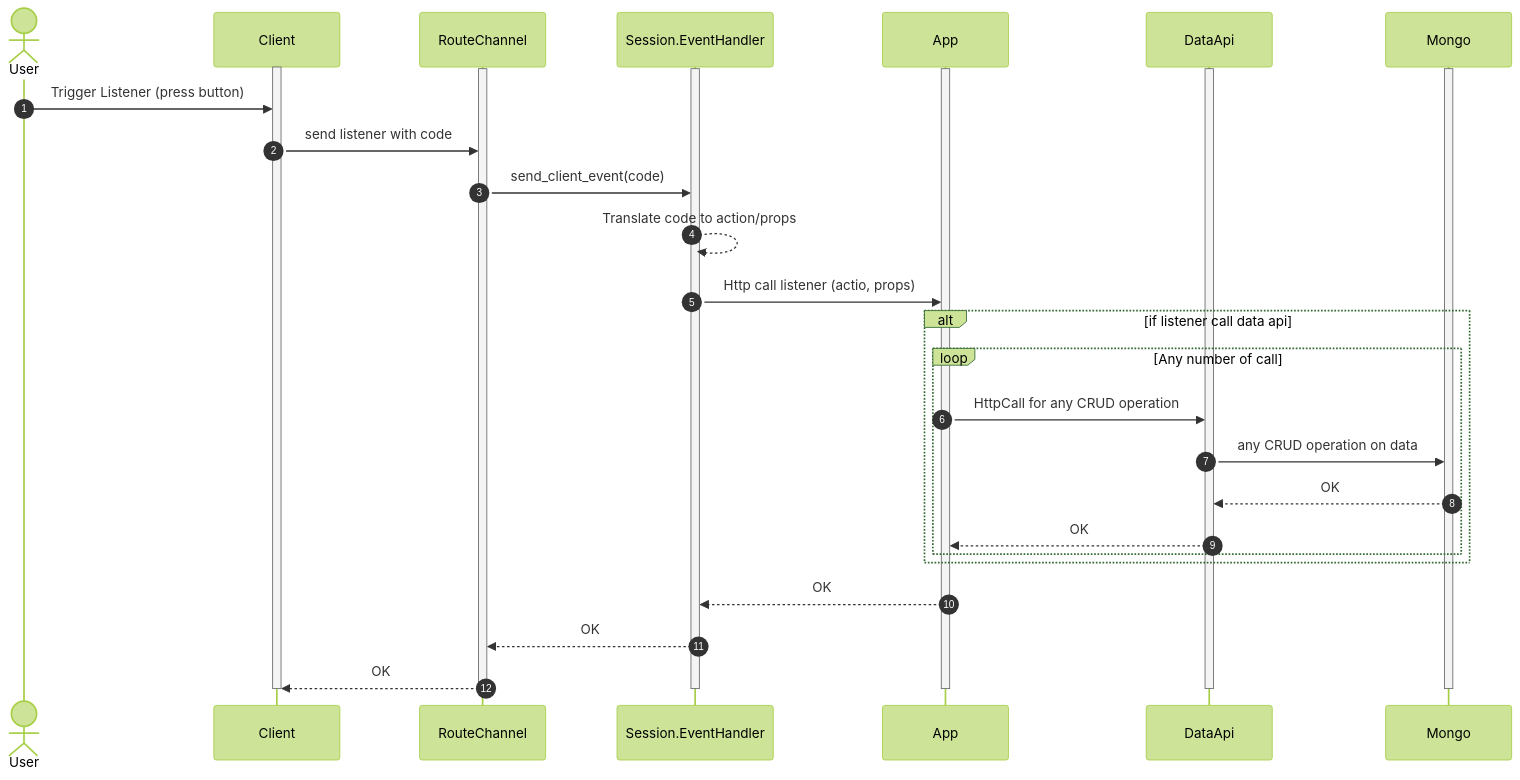
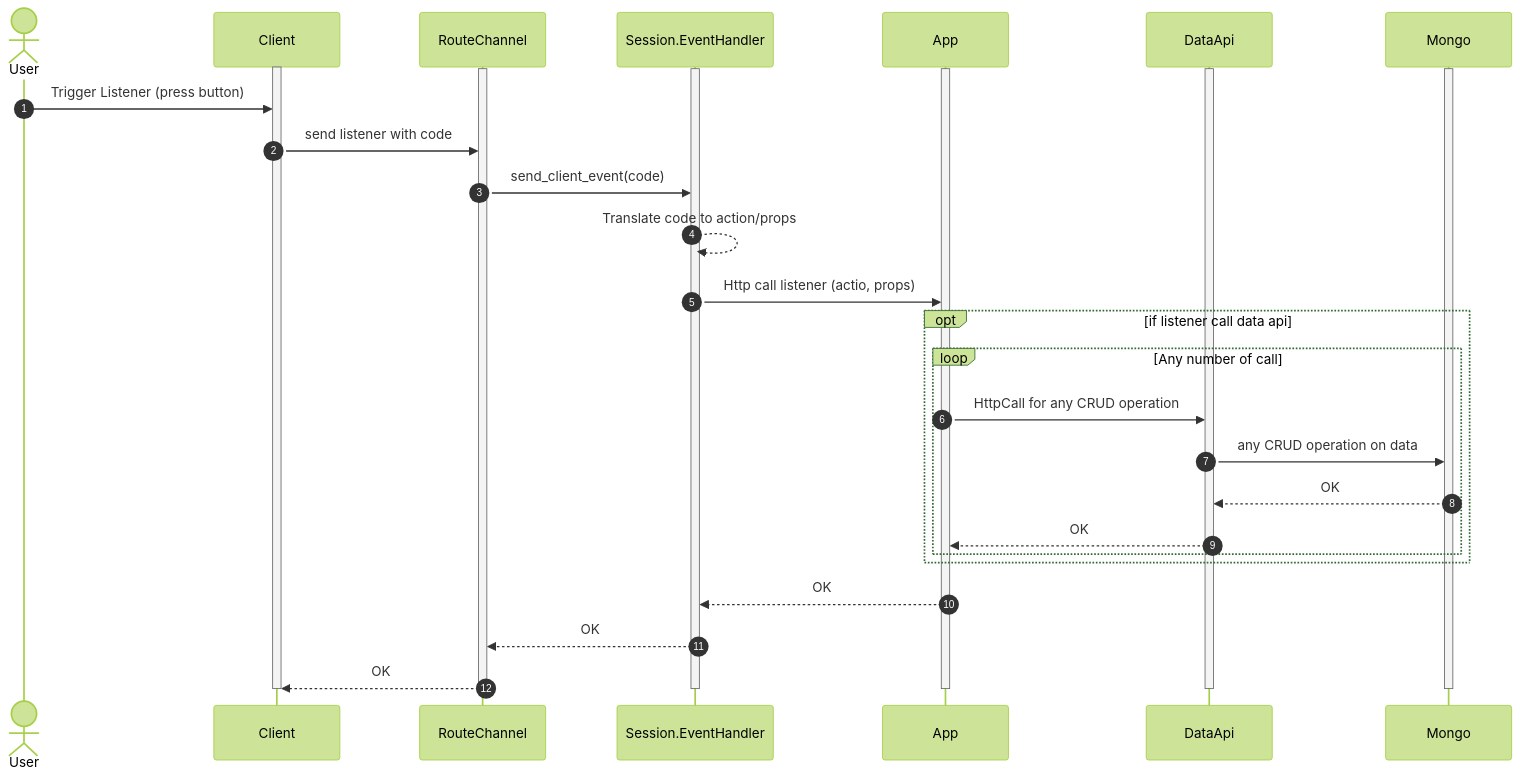
One commit to lenra-io/application-runner changed the third of 4 diagrams in docs/AppRunnerExplained.md. Above: the diagram before and after it, drawn with Mermaid (forest theme). The commit also changed other lines of this file, not shown here.

````diff
--- a/docs/AppRunnerExplained.md
+++ b/docs/AppRunnerExplained.md
@@ -115,41 +128,41 @@
 ```mermaid
 sequenceDiagram
     autonumber
     actor User
     participant Client
     participant RouteChannel
     participant Session.EventHandler
     participant App
     participant DataApi
     participant Mongo
     activate Client
     activate RouteChannel
     activate Session.EventHandler
     activate App
     activate DataApi
     activate Mongo
 
     User->>Client: Trigger Listener (press button)
     Client->>RouteChannel: send listener with code
     RouteChannel->>Session.EventHandler: send_client_event(code)
     Session.EventHandler-->>Session.EventHandler: Translate code to action/props
     Session.EventHandler->>App: Http call listener (actio, props)
-    alt if listener call data api
+    opt if listener call data api
         loop Any number of call
             App->>DataApi: HttpCall for any CRUD operation
             DataApi->>Mongo: any CRUD operation on data
             Mongo-->>DataApi: OK
             DataApi-->>App: OK
         end
     end
     App-->>Session.EventHandler: OK
     Session.EventHandler-->>RouteChannel: OK
     RouteChannel-->>Client: OK
 
     deactivate Client
     deactivate RouteChannel
     deactivate Session.EventHandler
     deactivate App
     deactivate DataApi
     deactivate Mongo
 ```
````
